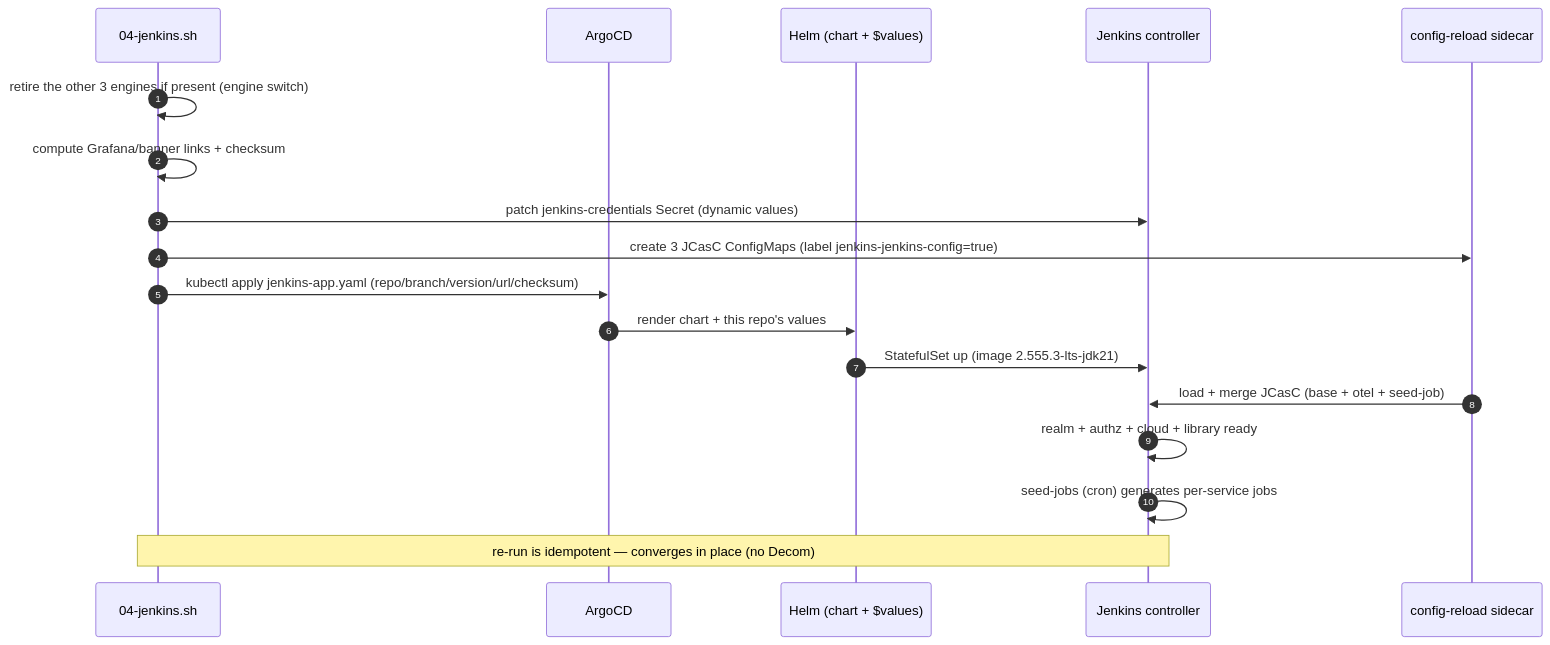
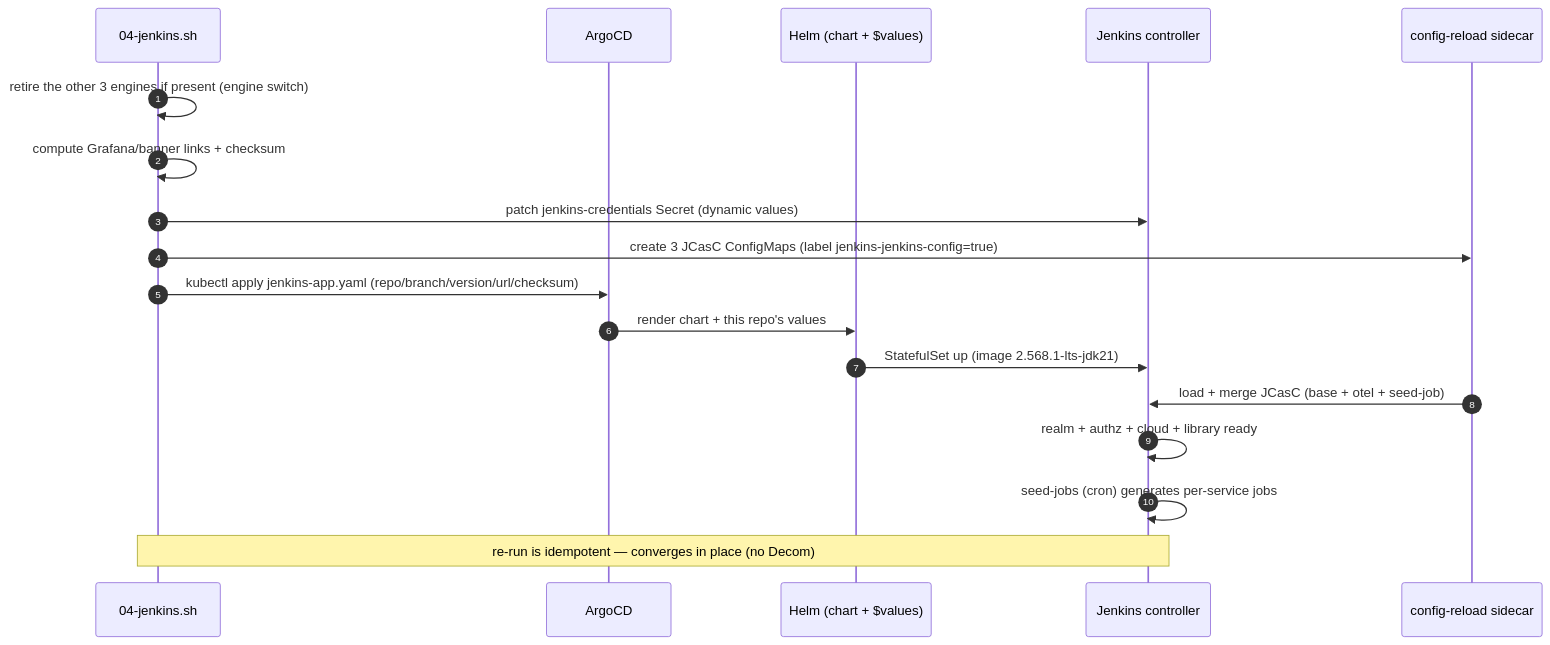
Before and after one commit to nubenetes/jenkins-2026: the tenth of 10 diagrams in docs/401-JENKINS.md, drawn with Mermaid. The commit also changed other lines of this file and 130 other files, not shown here.

````diff
--- a/docs/401-JENKINS.md
+++ b/docs/401-JENKINS.md
@@ -513,21 +513,21 @@
 ```mermaid
 sequenceDiagram
   autonumber
   participant S as 04-jenkins.sh
   participant A as ArgoCD
   participant H as Helm (chart + $values)
   participant J as Jenkins controller
   participant R as config-reload sidecar
 
   S->>S: retire the other 3 engines if present (engine switch)
   S->>S: compute Grafana/banner links + checksum
   S->>J: patch jenkins-credentials Secret (dynamic values)
   S->>R: create 3 JCasC ConfigMaps (label jenkins-jenkins-config=true)
   S->>A: kubectl apply jenkins-app.yaml (repo/branch/version/url/checksum)
   A->>H: render chart + this repo's values
-  H->>J: StatefulSet up (image 2.555.3-lts-jdk21)
+  H->>J: StatefulSet up (image 2.568.1-lts-jdk21)
   R->>J: load + merge JCasC (base + otel + seed-job)
   J->>J: realm + authz + cloud + library ready
   J->>J: seed-jobs (cron) generates per-service jobs
   Note over S,J: re-run is idempotent — converges in place (no Decom)
 ```
````
